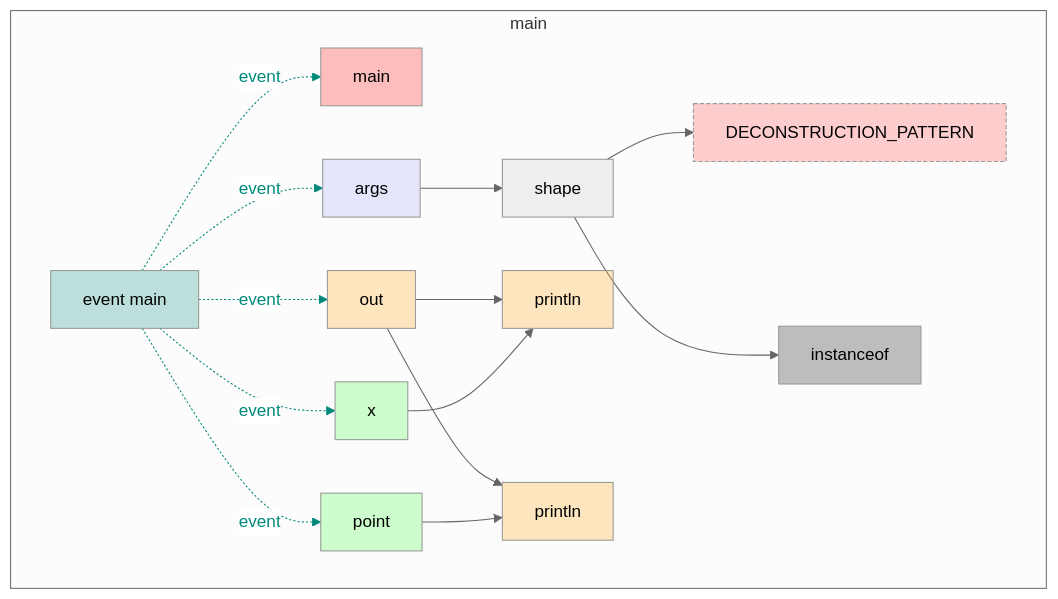
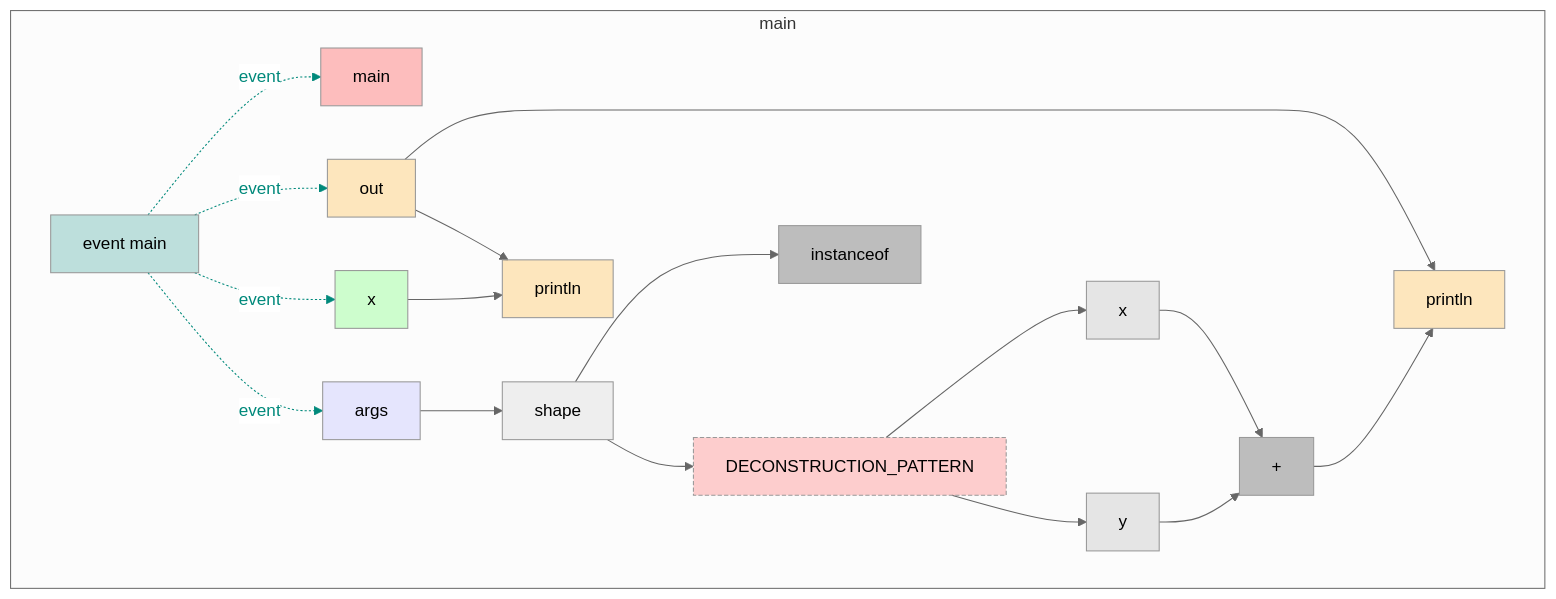
The diagram in app/src/test/resources/unsupported/snapshot.md (gstiebler/codeflow), drawn with Mermaid (neutral theme) before and after one commit. The commit also changed 6 other files, not shown here.

First line of the commit message:
Lowering: bind an unmodelled pattern's names to the gap

````diff
--- a/app/src/test/resources/unsupported/snapshot.md
+++ b/app/src/test/resources/unsupported/snapshot.md
@@ -1,41 +1,45 @@
 ```mermaid
 flowchart TD
   subgraph b0["main"]
     n1[event main]:::EVENT
     n2[main]:::RETURN
     n3[args]:::FUNC_PARAM
     n4[out]:::EXTERNAL
     n5["x"]:::LITERAL
     n6[println]:::EXTERNAL
     n7[shape]:::OBJ_VARIABLE
     n8[DECONSTRUCTION_PATTERN]:::UNMODELLED
-    n9[instanceof]:::BIN_OP
-    n10["point"]:::LITERAL
-    n11[println]:::EXTERNAL
+    n9[x]:::VARIABLE
+    n10[y]:::VARIABLE
+    n11[instanceof]:::BIN_OP
+    n12[+]:::BIN_OP
+    n13[println]:::EXTERNAL
     n1[event main]:::EVENT -. event .-> n2[main]:::RETURN
     n1[event main]:::EVENT -. event .-> n3[args]:::FUNC_PARAM
     n1[event main]:::EVENT -. event .-> n4[out]:::EXTERNAL
     n1[event main]:::EVENT -. event .-> n5["x"]:::LITERAL
-    n1[event main]:::EVENT -. event .-> n10["point"]:::LITERAL
     n3[args]:::FUNC_PARAM --> n7[shape]:::OBJ_VARIABLE
     n4[out]:::EXTERNAL --> n6[println]:::EXTERNAL
-    n4[out]:::EXTERNAL --> n11[println]:::EXTERNAL
+    n4[out]:::EXTERNAL --> n13[println]:::EXTERNAL
     n5["x"]:::LITERAL --> n6[println]:::EXTERNAL
     n7[shape]:::OBJ_VARIABLE --> n8[DECONSTRUCTION_PATTERN]:::UNMODELLED
-    n7[shape]:::OBJ_VARIABLE --> n9[instanceof]:::BIN_OP
-    n10["point"]:::LITERAL --> n11[println]:::EXTERNAL
+    n7[shape]:::OBJ_VARIABLE --> n11[instanceof]:::BIN_OP
+    n8[DECONSTRUCTION_PATTERN]:::UNMODELLED --> n9[x]:::VARIABLE
+    n8[DECONSTRUCTION_PATTERN]:::UNMODELLED --> n10[y]:::VARIABLE
+    n9[x]:::VARIABLE --> n12[+]:::BIN_OP
+    n10[y]:::VARIABLE --> n12[+]:::BIN_OP
+    n12[+]:::BIN_OP --> n13[println]:::EXTERNAL
   end
   linkStyle 0 stroke:#00897b,color:#00897b
   linkStyle 1 stroke:#00897b,color:#00897b
   linkStyle 2 stroke:#00897b,color:#00897b
   linkStyle 3 stroke:#00897b,color:#00897b
-  linkStyle 4 stroke:#00897b,color:#00897b
   classDef LITERAL fill:#00FF0030
   classDef VARIABLE fill:#80808030
   classDef BIN_OP fill:#80808080
   classDef FUNC_PARAM fill:#8080FF30
   classDef RETURN fill:#FF808080
   classDef EXTERNAL fill:#FFA50040
   classDef UNMODELLED fill:#FF000030,stroke-dasharray: 4 2
   classDef EVENT fill:#00897B40
 ```
````
